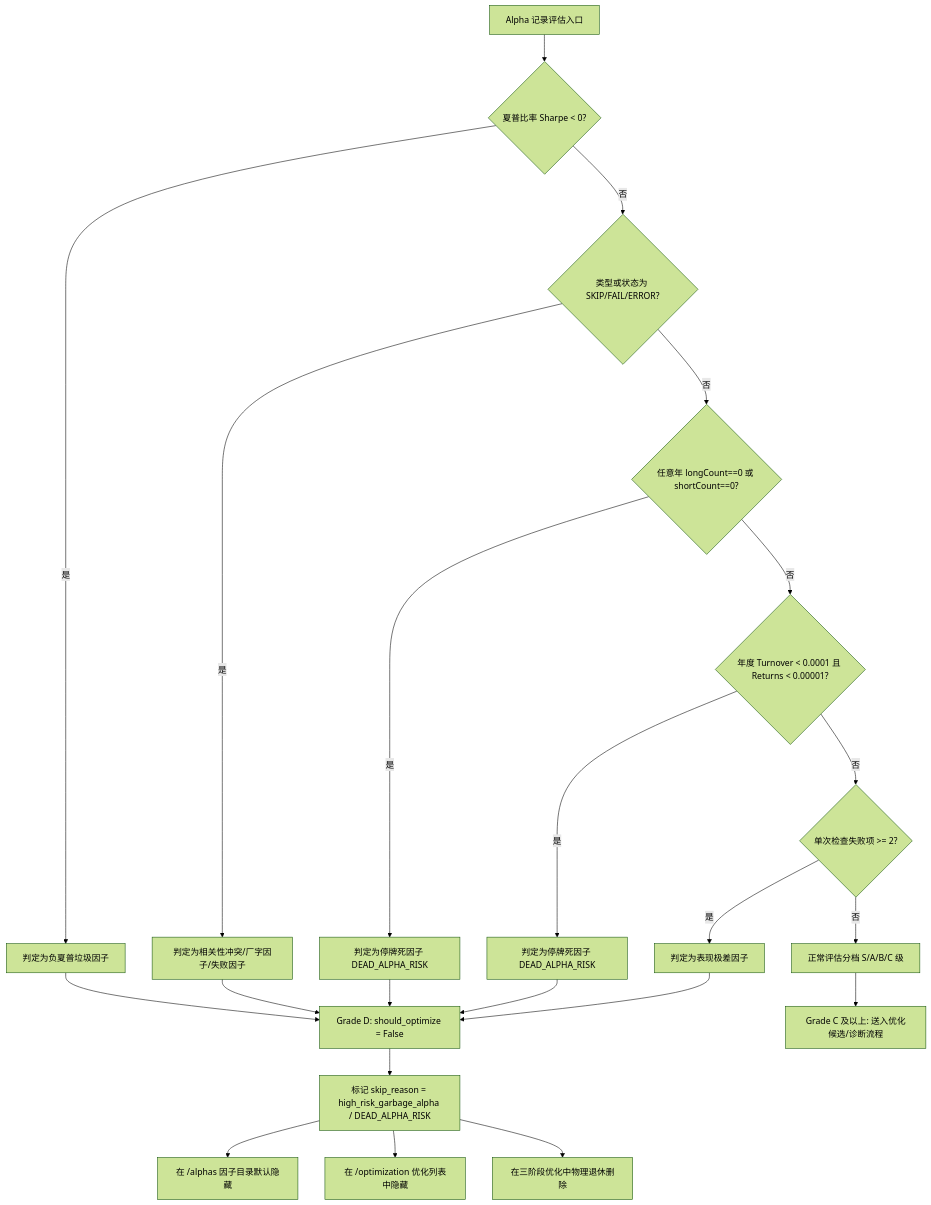
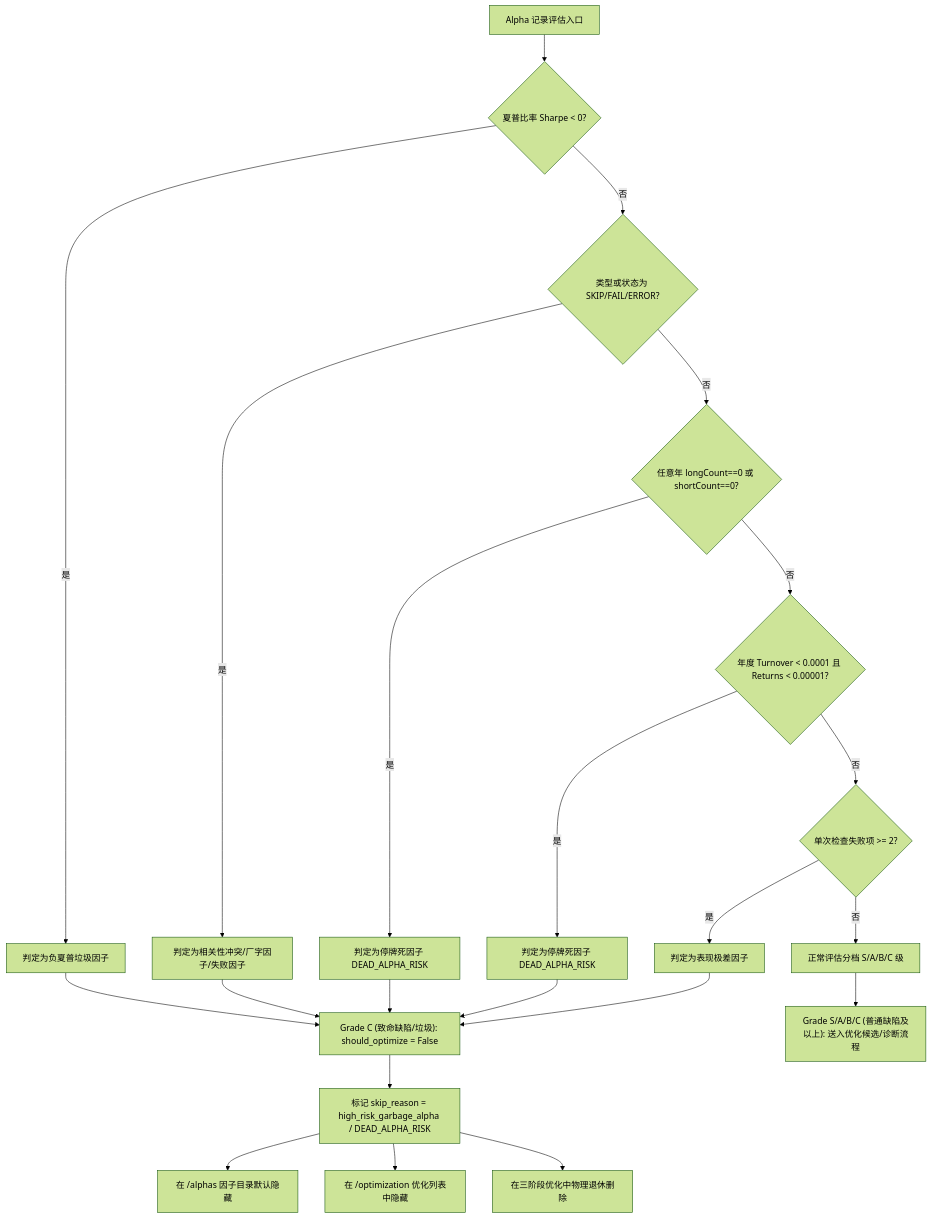
The first of 4 diagrams in doc/reference/alpha_assessment_and_grading.md (LuckDogGuan/WQ-Consultant), drawn with Mermaid (forest theme) before and after one commit. The commit also changed other lines of this file and 35 other files, not shown here.

````diff
--- a/doc/reference/alpha_assessment_and_grading.md
+++ b/doc/reference/alpha_assessment_and_grading.md
@@ -23,27 +23,27 @@
 ```mermaid
 graph TD
     A[Alpha 记录评估入口] --> B{夏普比率 Sharpe < 0?}
     B -->|是| C[判定为负夏普垃圾因子]
     B -->|否| D{类型或状态为 SKIP/FAIL/ERROR?}
     D -->|是| E[判定为相关性冲突/厂字因子/失败因子]
     D -->|否| D2{任意年 longCount==0 或 shortCount==0?}
     D2 -->|是| E3[判定为停牌死因子 DEAD_ALPHA_RISK]
     D2 -->|否| D3{年度 Turnover < 0.0001 且 Returns < 0.00001?}
     D3 -->|是| E2[判定为停牌死因子 DEAD_ALPHA_RISK]
     D3 -->|否| F{单次检查失败项 >= 2?}
     F -->|是| G[判定为表现极差因子]
     F -->|否| H[正常评估分档 S/A/B/C 级]
 
-    C --> I[Grade D: should_optimize = False]
+    C --> I["Grade C (致命缺陷/垃圾): should_optimize = False"]
     E --> I
     E2 --> I
     E3 --> I
     G --> I
 
     I --> J[标记 skip_reason = high_risk_garbage_alpha / DEAD_ALPHA_RISK]
     J --> K[在 /alphas 因子目录默认隐藏]
     J --> L[在 /optimization 优化列表中隐藏]
     J --> M[在三阶段优化中物理退休删除]
     
-    H --> N[Grade C 及以上: 送入优化候选/诊断流程]
+    H --> N["Grade S/A/B/C (普通缺陷及以上): 送入优化候选/诊断流程"]
 ```
````
